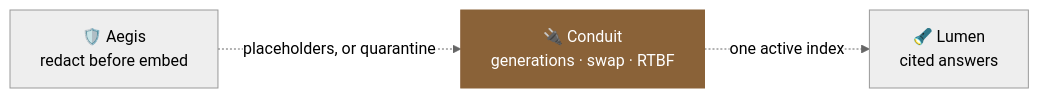
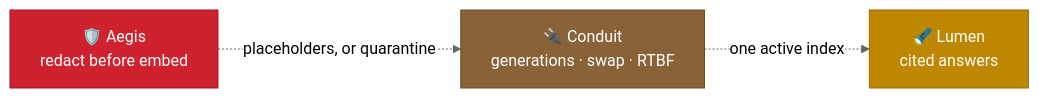
Before and after one commit to kumarlakshya24/enterprise-ai-platform: the second of 2 diagrams in conduit/README.md, drawn with Mermaid (neutral theme). The commit also changed other lines of this file and 2 other files, not shown here.

First line of the commit message:
docs: Conduit README in the shared shape, with its own diagram colour

````diff
--- a/conduit/README.md
+++ b/conduit/README.md
@@ -149,6 +164,11 @@
 ```mermaid
 flowchart LR
   AEG["🛡️ Aegis<br/>redact before embed"] -. "placeholders, or quarantine" .-> C["🔌 Conduit<br/>generations · swap · RTBF"]
   C -. "one active index" .-> L["🔦 Lumen<br/>cited answers"]
-  style C fill:#8a6238,color:#fff,stroke:#8a6238
+  classDef aegis fill:#cf222e,stroke:#a40e26,color:#fff
+  classDef lumen fill:#bf8700,stroke:#9a6700,color:#fff
+  classDef conduit fill:#8a6238,stroke:#6b4a28,color:#fff
+  class AEG aegis
+  class L lumen
+  class C conduit
 ```
````
